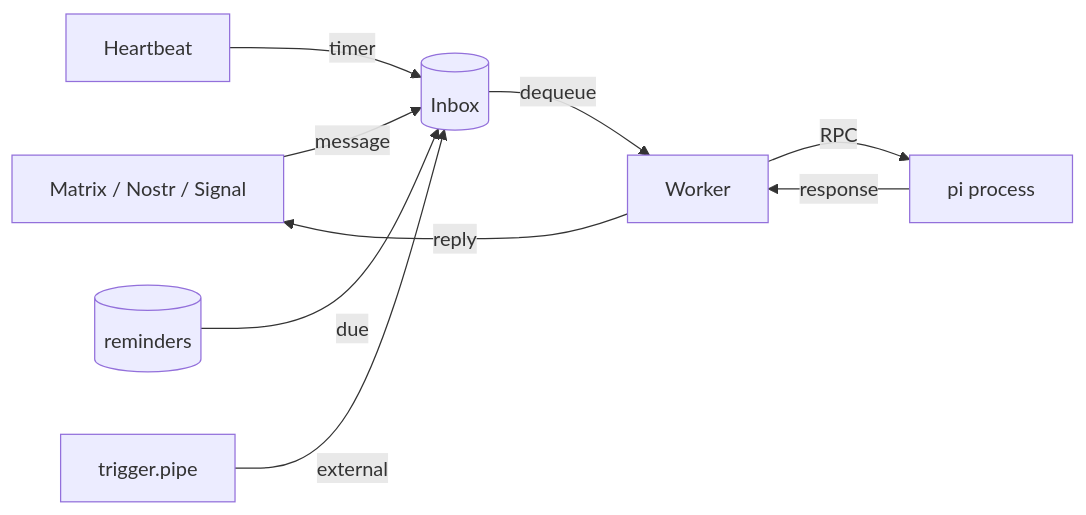
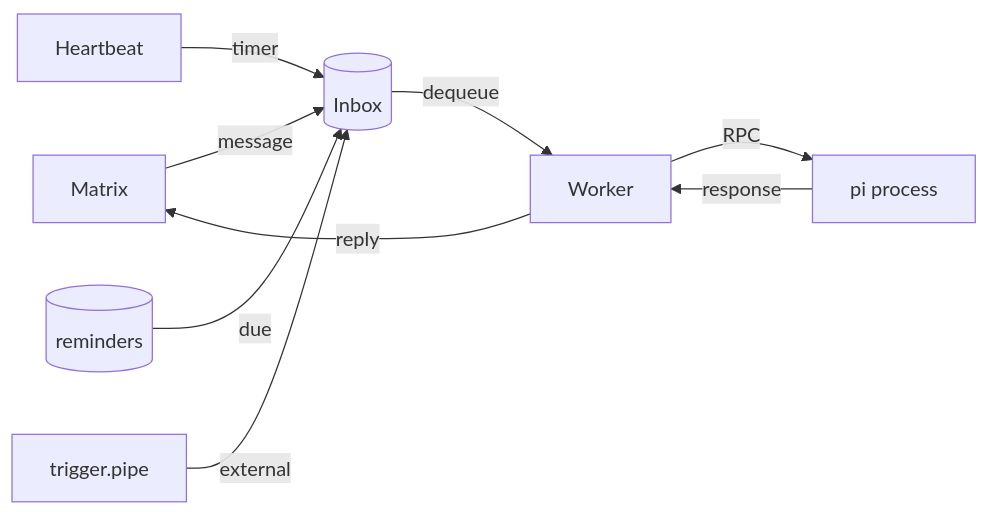
One commit to pkulak/opencrow changed the diagram in README.md. Above: the diagram before and after it, drawn with Mermaid. The commit also changed other lines of this file and 43 other files, not shown here.

Commit message:
Remove Nostr and Signal backends

````diff
--- a/README.md
+++ b/README.md
@@ -23,9 +17,9 @@
 ```mermaid
 graph LR
-    Transport[Matrix / Nostr / Signal] -->|message| Inbox[(Inbox)]
+    Matrix -->|message| Inbox[(Inbox)]
     Heartbeat -->|timer| Inbox
     Reminders[(reminders)] -->|due| Inbox
     Trigger["trigger.pipe"] -->|external| Inbox
     Inbox -->|dequeue| Worker -->|RPC| Pi["pi process"]
-    Pi -->|response| Worker -->|reply| Transport
+    Pi -->|response| Worker -->|reply| Matrix
 ```
````
